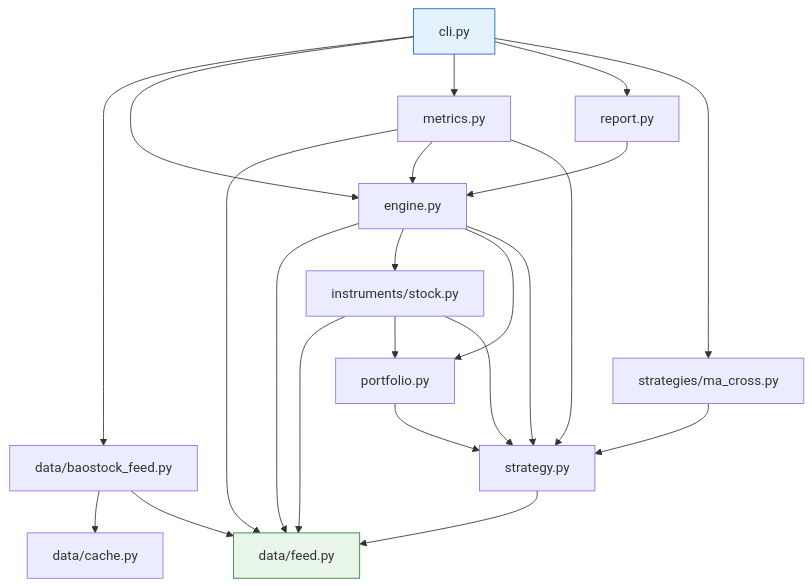
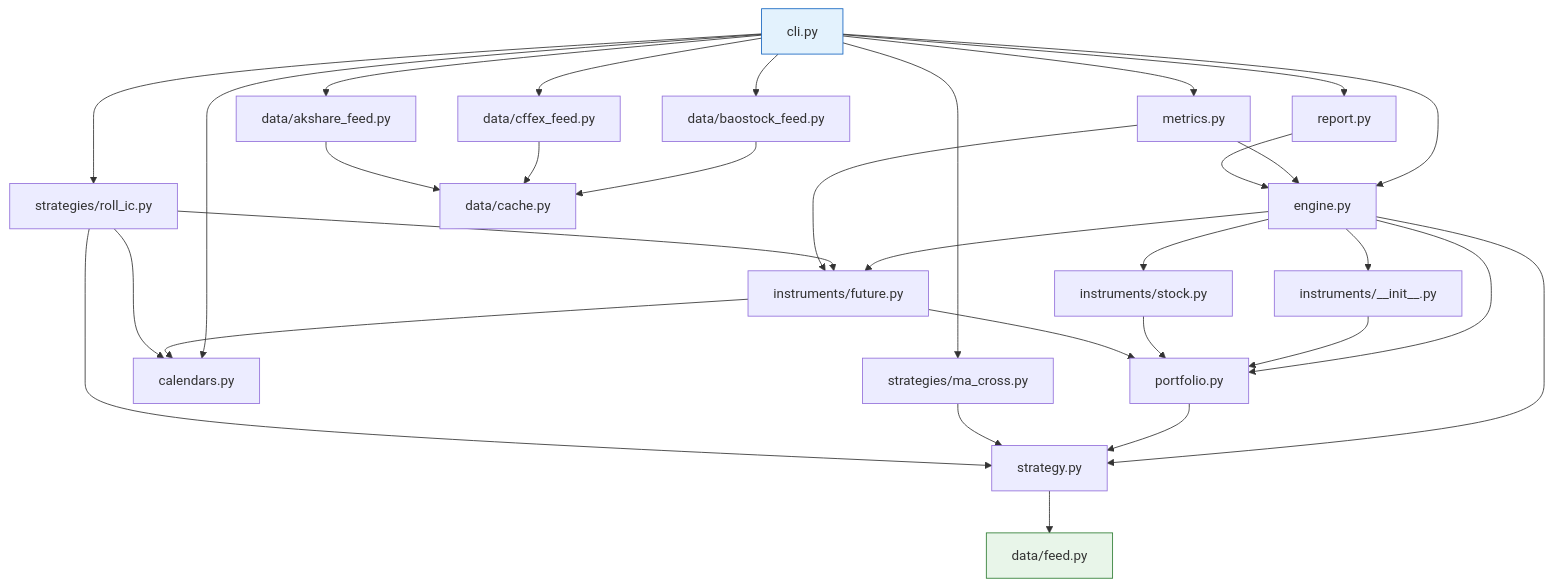
The second of 25 diagrams in docs/code-walkthrough.md (guevara12345/quant), drawn with Mermaid before and after one commit. The commit also changed other lines of this file and 33 other files, not shown here.

````diff
--- a/docs/code-walkthrough.md
+++ b/docs/code-walkthrough.md
@@ -96,41 +108,56 @@
 ```mermaid
 flowchart TD
     cli[cli.py]
     engine[engine.py]
     metrics[metrics.py]
     report[report.py]
     strategy[strategy.py]
     portfolio[portfolio.py]
+    rules[instruments/__init__.py]
     stock[instruments/stock.py]
+    future[instruments/future.py]
+    cal[calendars.py]
     ma[strategies/ma_cross.py]
+    roll[strategies/roll_ic.py]
     feed[data/feed.py]
     cache[data/cache.py]
     bao[data/baostock_feed.py]
+    cffex[data/cffex_feed.py]
+    ak[data/akshare_feed.py]
 
     cli --> bao
+    cli --> cffex
+    cli --> ak
+    cli --> cal
     cli --> engine
     cli --> metrics
     cli --> report
     cli --> ma
-    engine --> feed
+    cli --> roll
+    engine --> rules
     engine --> stock
+    engine --> future
     engine --> portfolio
     engine --> strategy
-    metrics --> feed
+    rules --> portfolio
+    stock --> portfolio
+    future --> portfolio
+    future --> cal
+    roll --> future
+    roll --> cal
     metrics --> engine
-    metrics --> strategy
+    metrics --> future
     report --> engine
-    stock --> feed
-    stock --> portfolio
-    stock --> strategy
     portfolio --> strategy
     strategy --> feed
     ma --> strategy
+    roll --> strategy
     bao --> cache
-    bao --> feed
+    cffex --> cache
+    ak --> cache
 
     classDef bottom fill:#e8f5e9,stroke:#2e7d32
     classDef top fill:#e3f2fd,stroke:#1565c0
     class feed bottom
     class cli top
 ```
````
